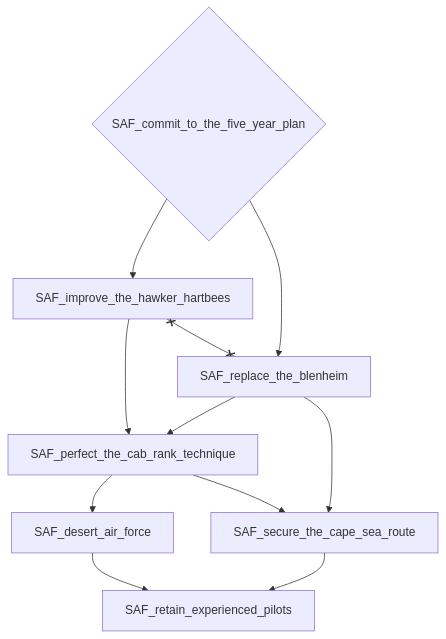
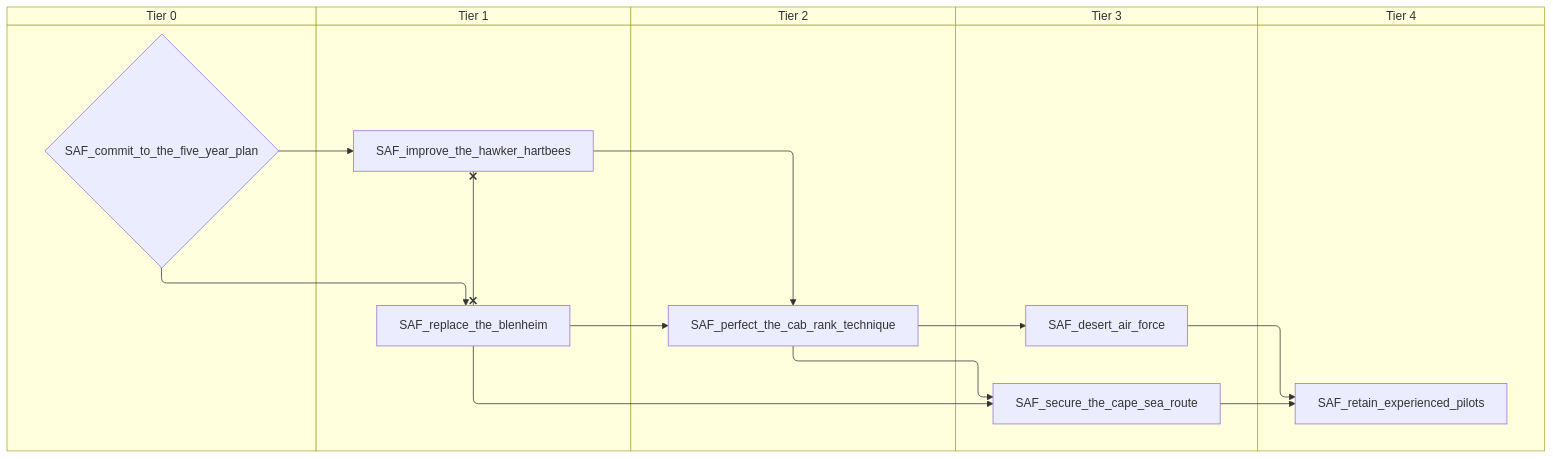
One commit to evgeny-sobol/hoi4-sandbox-mode changed the second of 7 diagrams in docs/gdd/National Focuses/south_africa.md. Above: the diagram before and after it, drawn with Mermaid. The commit also changed other lines of this file and 80 other files, not shown here.

First line of the commit message:
Add swimlane mode to focus graph exporter

````diff
--- a/docs/gdd/National Focuses/south_africa.md
+++ b/docs/gdd/National Focuses/south_africa.md
@@ -84,20 +100,30 @@
 ```mermaid
-flowchart TD
-    n35{"SAF_commit_to_the_five_year_plan"}
-    n36["SAF_desert_air_force"]
-    n37["SAF_improve_the_hawker_hartbees"]
-    n38["SAF_perfect_the_cab_rank_technique"]
-    n39["SAF_replace_the_blenheim"]
-    n40["SAF_retain_experienced_pilots"]
-    n41["SAF_secure_the_cape_sea_route"]
-    n38 --> n36
+swimlane-beta TD
+    subgraph tier_0["Tier 0"]
+        n35{"SAF_commit_to_the_five_year_plan"}
+    end
+    subgraph tier_1["Tier 1"]
+        n36["SAF_improve_the_hawker_hartbees"]
+        n37["SAF_replace_the_blenheim"]
+    end
+    subgraph tier_2["Tier 2"]
+        n38["SAF_perfect_the_cab_rank_technique"]
+    end
+    subgraph tier_3["Tier 3"]
+        n39["SAF_desert_air_force"]
+        n40["SAF_secure_the_cape_sea_route"]
+    end
+    subgraph tier_4["Tier 4"]
+        n41["SAF_retain_experienced_pilots"]
+    end
+    n38 --> n39
+    n35 --> n36
+    n36 --> n38
+    n37 --> n38
     n35 --> n37
-    n37 --> n38
-    n39 --> n38
-    n35 --> n39
-    n36 --> n40
-    n41 --> n40
-    n38 --> n41
     n39 --> n41
-    n37 x--x n39
+    n40 --> n41
+    n38 --> n40
+    n37 --> n40
+    n36 x--x n37
 ```
````
